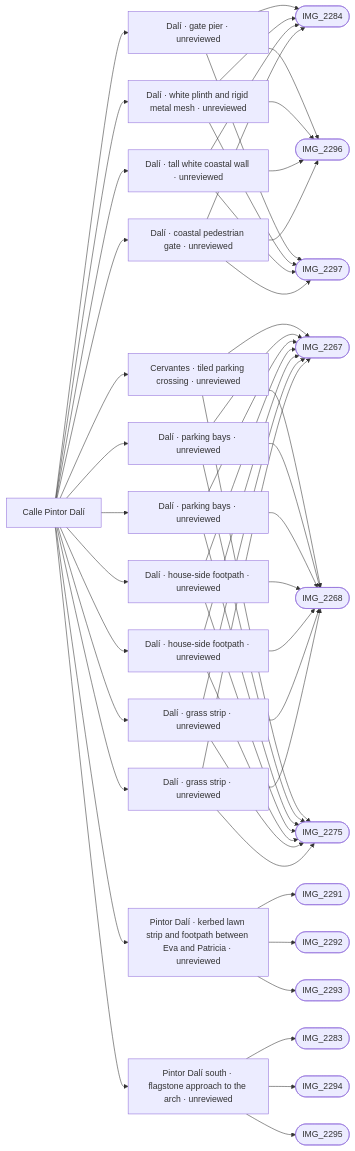
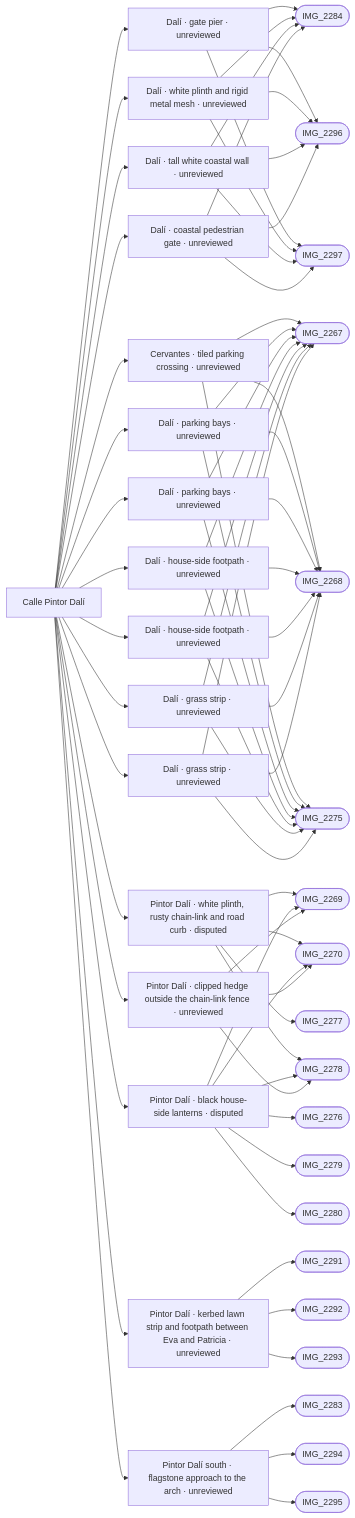
The diagram in refs/areas/dali.md (daveyboyc/villacana-venture), drawn with Mermaid before and after one commit. The commit also changed other lines of this file and 41 other files, not shown here.

First line of the commit message:
Dress Calle Pintor Dalí with its photographed curb, fence and lanterns. (#185)

````diff
--- a/refs/areas/dali.md
+++ b/refs/areas/dali.md
@@ -45,56 +48,72 @@
 ```mermaid
 graph LR
   A["Calle Pintor Dalí"]
   A --> F0["Dalí · gate pier · unreviewed"]
   F0 --> PIMG_2284_jpg(["IMG_2284"])
   F0 --> PIMG_2296_jpg(["IMG_2296"])
   F0 --> PIMG_2297_jpg(["IMG_2297"])
   A --> F1["Dalí · white plinth and rigid metal mesh · unreviewed"]
   F1 --> PIMG_2284_jpg(["IMG_2284"])
   F1 --> PIMG_2296_jpg(["IMG_2296"])
   F1 --> PIMG_2297_jpg(["IMG_2297"])
   A --> F2["Dalí · tall white coastal wall · unreviewed"]
   F2 --> PIMG_2284_jpg(["IMG_2284"])
   F2 --> PIMG_2296_jpg(["IMG_2296"])
   F2 --> PIMG_2297_jpg(["IMG_2297"])
   A --> F3["Cervantes · tiled parking crossing · unreviewed"]
   F3 --> PIMG_2267_jpg(["IMG_2267"])
   F3 --> PIMG_2268_jpg(["IMG_2268"])
   F3 --> PIMG_2275_jpg(["IMG_2275"])
   A --> F4["Dalí · parking bays · unreviewed"]
   F4 --> PIMG_2267_jpg(["IMG_2267"])
   F4 --> PIMG_2268_jpg(["IMG_2268"])
   F4 --> PIMG_2275_jpg(["IMG_2275"])
   A --> F5["Dalí · parking bays · unreviewed"]
   F5 --> PIMG_2267_jpg(["IMG_2267"])
   F5 --> PIMG_2268_jpg(["IMG_2268"])
   F5 --> PIMG_2275_jpg(["IMG_2275"])
   A --> F6["Dalí · house-side footpath · unreviewed"]
   F6 --> PIMG_2267_jpg(["IMG_2267"])
   F6 --> PIMG_2268_jpg(["IMG_2268"])
   F6 --> PIMG_2275_jpg(["IMG_2275"])
   A --> F7["Dalí · house-side footpath · unreviewed"]
   F7 --> PIMG_2267_jpg(["IMG_2267"])
   F7 --> PIMG_2268_jpg(["IMG_2268"])
   F7 --> PIMG_2275_jpg(["IMG_2275"])
   A --> F8["Dalí · grass strip · unreviewed"]
   F8 --> PIMG_2267_jpg(["IMG_2267"])
   F8 --> PIMG_2268_jpg(["IMG_2268"])
   F8 --> PIMG_2275_jpg(["IMG_2275"])
   A --> F9["Dalí · grass strip · unreviewed"]
   F9 --> PIMG_2267_jpg(["IMG_2267"])
   F9 --> PIMG_2268_jpg(["IMG_2268"])
   F9 --> PIMG_2275_jpg(["IMG_2275"])
-  A --> F10["Pintor Dalí · kerbed lawn strip and footpath between Eva and Patricia · unreviewed"]
-  F10 --> PIMG_2291_jpg(["IMG_2291"])
-  F10 --> PIMG_2292_jpg(["IMG_2292"])
-  F10 --> PIMG_2293_jpg(["IMG_2293"])
-  A --> F11["Pintor Dalí south · flagstone approach to the arch · unreviewed"]
-  F11 --> PIMG_2283_jpg(["IMG_2283"])
-  F11 --> PIMG_2294_jpg(["IMG_2294"])
-  F11 --> PIMG_2295_jpg(["IMG_2295"])
-  A --> F12["Dalí · coastal pedestrian gate · unreviewed"]
-  F12 --> PIMG_2284_jpg(["IMG_2284"])
-  F12 --> PIMG_2296_jpg(["IMG_2296"])
-  F12 --> PIMG_2297_jpg(["IMG_2297"])
+  A --> F10["Pintor Dalí · white plinth, rusty chain-link and road curb · disputed"]
+  F10 --> PIMG_2269_jpg(["IMG_2269"])
+  F10 --> PIMG_2270_jpg(["IMG_2270"])
+  F10 --> PIMG_2277_jpg(["IMG_2277"])
+  F10 --> PIMG_2278_jpg(["IMG_2278"])
+  A --> F11["Pintor Dalí · black house-side lanterns · disputed"]
+  F11 --> PIMG_2269_jpg(["IMG_2269"])
+  F11 --> PIMG_2270_jpg(["IMG_2270"])
+  F11 --> PIMG_2276_jpg(["IMG_2276"])
+  F11 --> PIMG_2278_jpg(["IMG_2278"])
+  F11 --> PIMG_2279_jpg(["IMG_2279"])
+  F11 --> PIMG_2280_jpg(["IMG_2280"])
+  A --> F12["Pintor Dalí · clipped hedge outside the chain-link fence · unreviewed"]
+  F12 --> PIMG_2269_jpg(["IMG_2269"])
+  F12 --> PIMG_2270_jpg(["IMG_2270"])
+  F12 --> PIMG_2278_jpg(["IMG_2278"])
+  A --> F13["Pintor Dalí · kerbed lawn strip and footpath between Eva and Patricia · unreviewed"]
+  F13 --> PIMG_2291_jpg(["IMG_2291"])
+  F13 --> PIMG_2292_jpg(["IMG_2292"])
+  F13 --> PIMG_2293_jpg(["IMG_2293"])
+  A --> F14["Pintor Dalí south · flagstone approach to the arch · unreviewed"]
+  F14 --> PIMG_2283_jpg(["IMG_2283"])
+  F14 --> PIMG_2294_jpg(["IMG_2294"])
+  F14 --> PIMG_2295_jpg(["IMG_2295"])
+  A --> F15["Dalí · coastal pedestrian gate · unreviewed"]
+  F15 --> PIMG_2284_jpg(["IMG_2284"])
+  F15 --> PIMG_2296_jpg(["IMG_2296"])
+  F15 --> PIMG_2297_jpg(["IMG_2297"])
 ```
````
